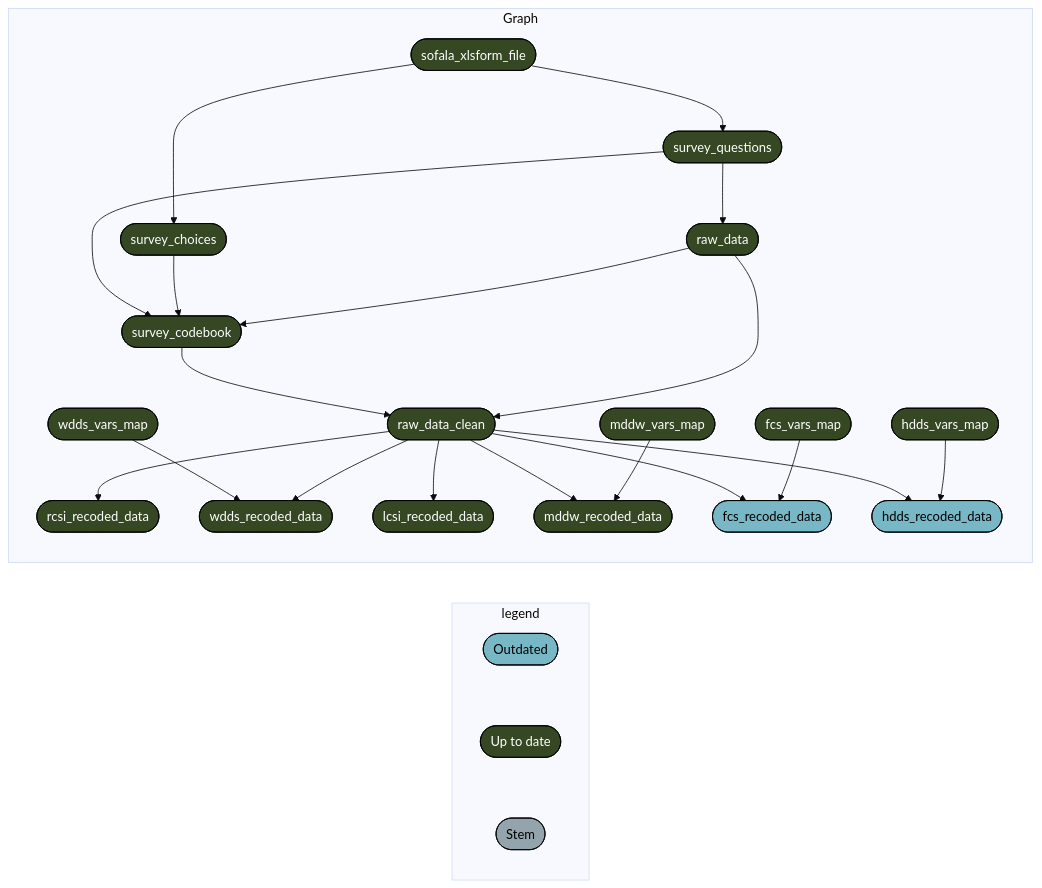
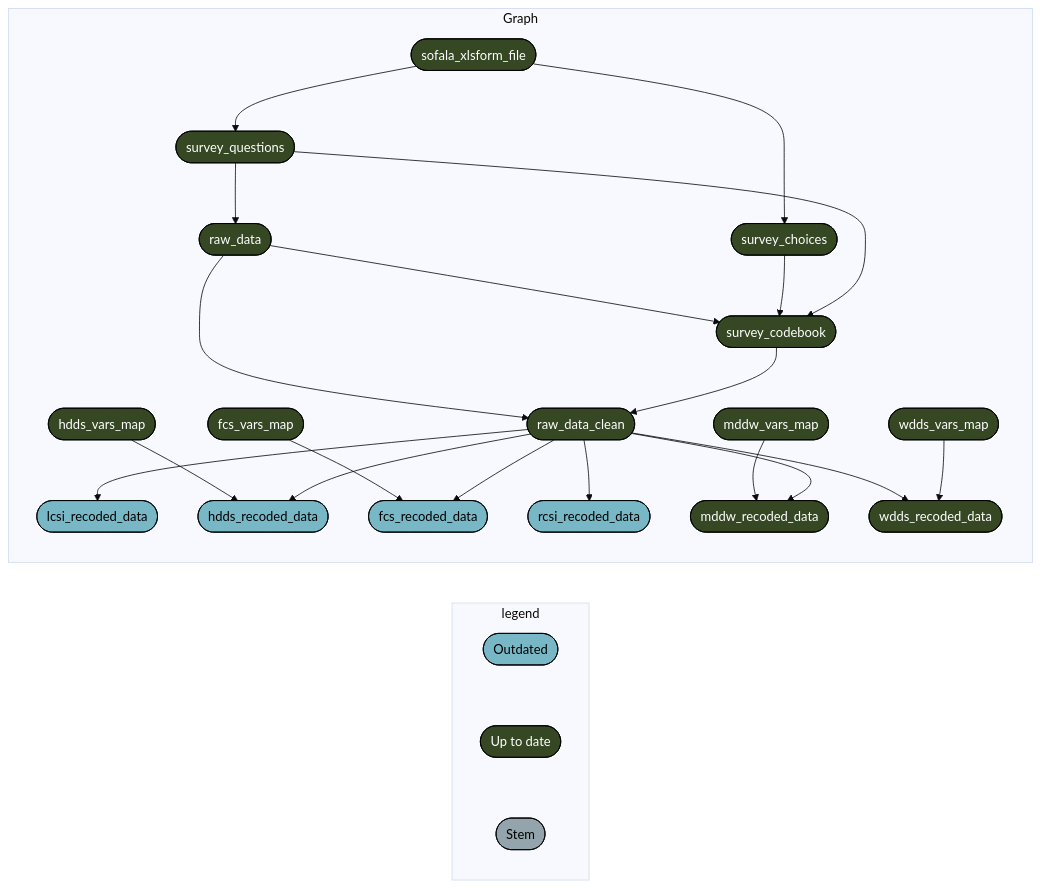
The second of 3 diagrams in README.md (katilingban/mozambique-s3m), drawn with Mermaid (base theme) before and after one commit. The commit also changed other lines of this file and 7 other files, not shown here.

````diff
--- a/README.md
+++ b/README.md
@@ -58,32 +58,32 @@
 ``` mermaid
 graph LR
   subgraph legend
     x0a52b03877696646([""Outdated""]):::outdated --- x7420bd9270f8d27d([""Up to date""]):::uptodate
     x7420bd9270f8d27d([""Up to date""]):::uptodate --- xbf4603d6c2c2ad6b([""Stem""]):::none
   end
   subgraph Graph
-    x09e58614f2343db8(["raw_data_clean"]):::uptodate --> x9db0983be8f9a87e(["rcsi_recoded_data"]):::uptodate
-    x52eeb21c389d52d8(["sofala_xlsform_file"]):::uptodate --> x0c65864d89dfd824(["survey_questions"]):::uptodate
-    x09e58614f2343db8(["raw_data_clean"]):::uptodate --> x89dfb95fe8e44cfd(["wdds_recoded_data"]):::uptodate
-    xf222f81b7d734901(["wdds_vars_map"]):::uptodate --> x89dfb95fe8e44cfd(["wdds_recoded_data"]):::uptodate
-    x09e58614f2343db8(["raw_data_clean"]):::uptodate --> x1bfdb340aaf51c10(["lcsi_recoded_data"]):::uptodate
-    xcf59fc858ba254c4(["mddw_vars_map"]):::uptodate --> xaf0c296cd393c60a(["mddw_recoded_data"]):::uptodate
-    x09e58614f2343db8(["raw_data_clean"]):::uptodate --> xaf0c296cd393c60a(["mddw_recoded_data"]):::uptodate
-    x6d5a6a038d8cf062(["fcs_vars_map"]):::uptodate --> x710620555a048954(["fcs_recoded_data"]):::outdated
-    x09e58614f2343db8(["raw_data_clean"]):::uptodate --> x710620555a048954(["fcs_recoded_data"]):::outdated
+    x136e4e85e6851637(["raw_data"]):::uptodate --> x09e58614f2343db8(["raw_data_clean"]):::uptodate
+    xfcfc1959dbba8ed3(["survey_codebook"]):::uptodate --> x09e58614f2343db8(["raw_data_clean"]):::uptodate
     x0c65864d89dfd824(["survey_questions"]):::uptodate --> x136e4e85e6851637(["raw_data"]):::uptodate
+    x09e58614f2343db8(["raw_data_clean"]):::uptodate --> x1bfdb340aaf51c10(["lcsi_recoded_data"]):::outdated
     x52eeb21c389d52d8(["sofala_xlsform_file"]):::uptodate --> x5aed27afbde18e19(["survey_choices"]):::uptodate
     xd946f9fb4faff97c(["hdds_vars_map"]):::uptodate --> x5f4e9e79af1e1472(["hdds_recoded_data"]):::outdated
     x09e58614f2343db8(["raw_data_clean"]):::uptodate --> x5f4e9e79af1e1472(["hdds_recoded_data"]):::outdated
-    x136e4e85e6851637(["raw_data"]):::uptodate --> x09e58614f2343db8(["raw_data_clean"]):::uptodate
-    xfcfc1959dbba8ed3(["survey_codebook"]):::uptodate --> x09e58614f2343db8(["raw_data_clean"]):::uptodate
+    x6d5a6a038d8cf062(["fcs_vars_map"]):::uptodate --> x710620555a048954(["fcs_recoded_data"]):::outdated
+    x09e58614f2343db8(["raw_data_clean"]):::uptodate --> x710620555a048954(["fcs_recoded_data"]):::outdated
+    x09e58614f2343db8(["raw_data_clean"]):::uptodate --> x9db0983be8f9a87e(["rcsi_recoded_data"]):::outdated
+    x52eeb21c389d52d8(["sofala_xlsform_file"]):::uptodate --> x0c65864d89dfd824(["survey_questions"]):::uptodate
+    xcf59fc858ba254c4(["mddw_vars_map"]):::uptodate --> xaf0c296cd393c60a(["mddw_recoded_data"]):::uptodate
+    x09e58614f2343db8(["raw_data_clean"]):::uptodate --> xaf0c296cd393c60a(["mddw_recoded_data"]):::uptodate
+    x09e58614f2343db8(["raw_data_clean"]):::uptodate --> x89dfb95fe8e44cfd(["wdds_recoded_data"]):::uptodate
+    xf222f81b7d734901(["wdds_vars_map"]):::uptodate --> x89dfb95fe8e44cfd(["wdds_recoded_data"]):::uptodate
     x136e4e85e6851637(["raw_data"]):::uptodate --> xfcfc1959dbba8ed3(["survey_codebook"]):::uptodate
     x5aed27afbde18e19(["survey_choices"]):::uptodate --> xfcfc1959dbba8ed3(["survey_codebook"]):::uptodate
     x0c65864d89dfd824(["survey_questions"]):::uptodate --> xfcfc1959dbba8ed3(["survey_codebook"]):::uptodate
   end
   classDef outdated stroke:#000000,color:#000000,fill:#78B7C5;
   classDef uptodate stroke:#000000,color:#ffffff,fill:#354823;
   classDef none stroke:#000000,color:#000000,fill:#94a4ac;
   linkStyle 0 stroke-width:0px;
   linkStyle 1 stroke-width:0px;
 ```
````
